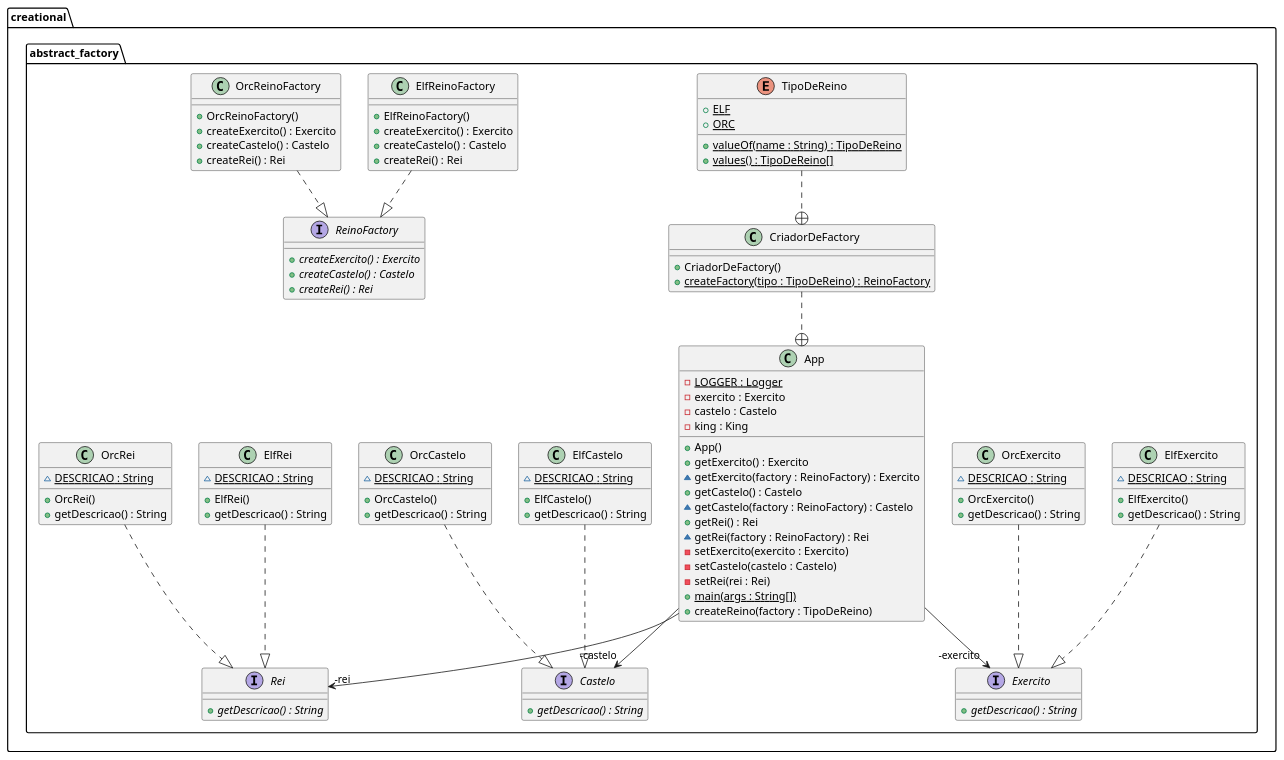
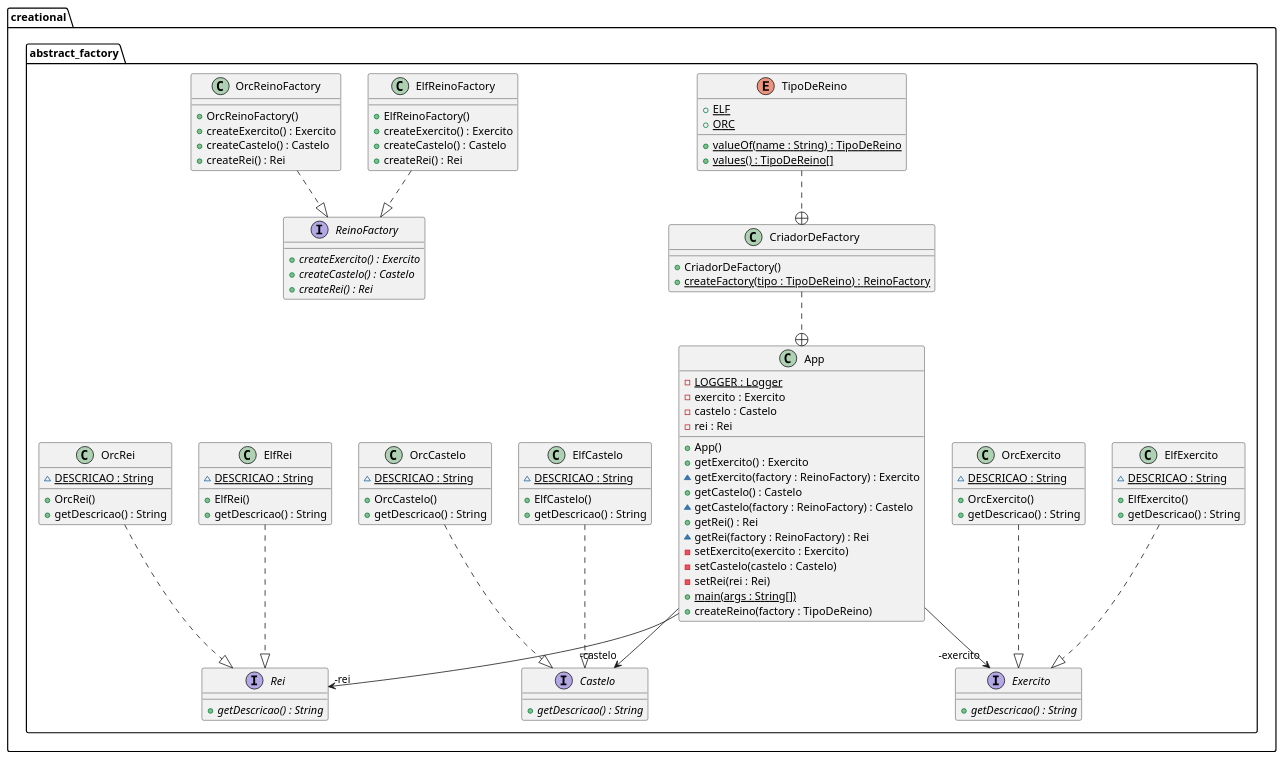
Before and after one commit to jeanLuizInsight/design-patterns-java: the diagram in src/creational/abstract_factory/diagramas/AbstractFactory.puml, drawn with PlantUML. The commit also changed 3 other files, not shown here.

```diff
--- a/src/creational/abstract_factory/diagramas/AbstractFactory.puml
+++ b/src/creational/abstract_factory/diagramas/AbstractFactory.puml
@@ -1,101 +1,101 @@
 @startuml
 package creational.abstract_factory {
   class App {
     - LOGGER : Logger {static}
     - exercito : Exercito
     - castelo : Castelo
-    - king : King
+    - rei : Rei
     + App()
     + getExercito() : Exercito
     ~ getExercito(factory : ReinoFactory) : Exercito
     + getCastelo() : Castelo
     ~ getCastelo(factory : ReinoFactory) : Castelo
     + getRei() : Rei
     ~ getRei(factory : ReinoFactory) : Rei
     - setExercito(exercito : Exercito)
     - setCastelo(castelo : Castelo)
     - setRei(rei : Rei)
     + main(args : String[]) {static}
     + createReino(factory : TipoDeReino)
   }
   enum TipoDeReino {
     + ELF {static}
     + ORC {static}
     + valueOf(name : String) : TipoDeReino {static}
     + values() : TipoDeReino[] {static}
   }
   interface Exercito {
     + getDescricao() : String {abstract}
   }
   interface Castelo {
     + getDescricao() : String {abstract}
   }
   interface Rei {
     + getDescricao() : String {abstract}
   }
   interface ReinoFactory {
     + createExercito() : Exercito {abstract}
     + createCastelo() : Castelo {abstract}
     + createRei() : Rei {abstract}
   }
   class ElfExercito {
     ~ DESCRICAO : String {static}
     + ElfExercito()
     + getDescricao() : String
   }
   class ElfCastelo {
     ~ DESCRICAO : String {static}
     + ElfCastelo()
     + getDescricao() : String
   }
   class ElfRei {
     ~ DESCRICAO : String {static}
     + ElfRei()
     + getDescricao() : String
   }
   class ElfReinoFactory {
     + ElfReinoFactory()
     + createExercito() : Exercito
     + createCastelo() : Castelo
     + createRei() : Rei
   }
   class OrcExercito {
     ~ DESCRICAO : String {static}
     + OrcExercito()
     + getDescricao() : String
   }
   class OrcCastelo {
     ~ DESCRICAO : String {static}
     + OrcCastelo()
     + getDescricao() : String
   }
   class OrcRei {
     ~ DESCRICAO : String {static}
     + OrcRei()
     + getDescricao() : String
   }
   class OrcReinoFactory {
     + OrcReinoFactory()
     + createExercito() : Exercito
     + createCastelo() : Castelo
     + createRei() : Rei
   }
   class CriadorDeFactory {
     + CriadorDeFactory()
     + createFactory(tipo : TipoDeReino) : ReinoFactory {static}
   }
 }
 TipoDeReino ..+ CriadorDeFactory
 App -->  "-castelo" Castelo
 CriadorDeFactory ..+ App
 App -->  "-rei" Rei
 App -->  "-exercito" Exercito
 ElfExercito ..|> Exercito 
 ElfCastelo ..|> Castelo 
 ElfRei ..|> Rei 
 ElfReinoFactory ..|> ReinoFactory 
 OrcExercito ..|> Exercito 
 OrcCastelo ..|> Castelo 
 OrcRei ..|> Rei 
 OrcReinoFactory ..|> ReinoFactory 
 @enduml
```
